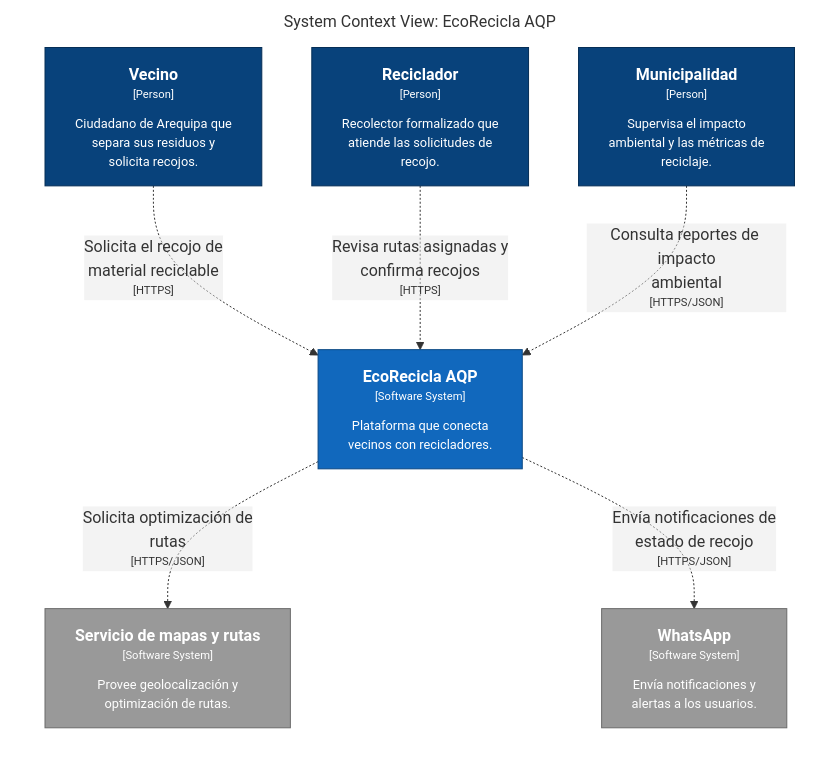
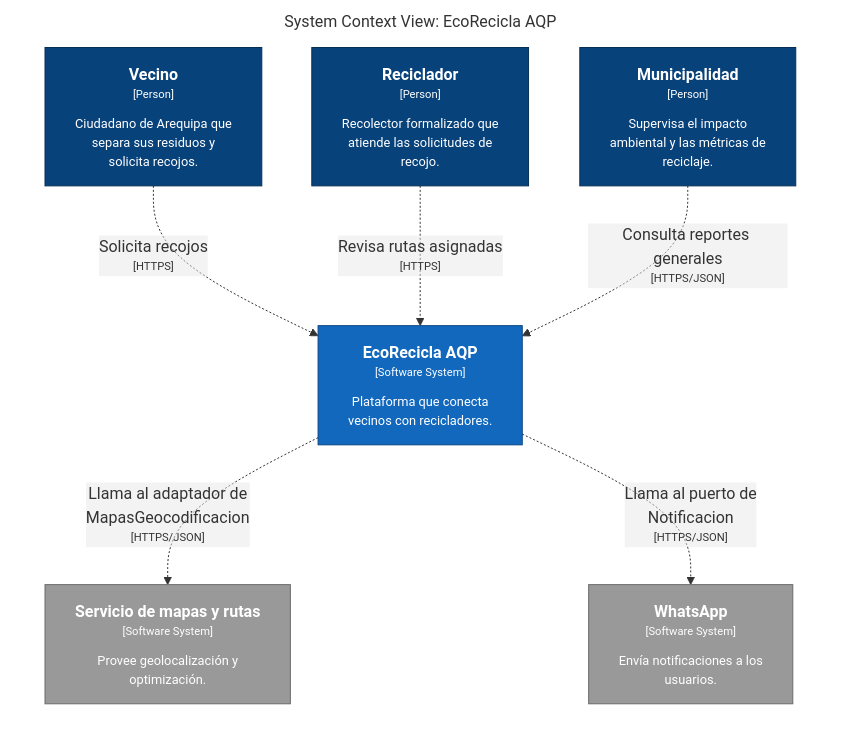
The diagram in docs/architecture/c4/export/structurizr-Contexto.mmd (AntonyCondori/cs-2026b-lab04-grupo10), drawn with Mermaid before and after one commit. The commit also changed 4 other files, not shown here.

```diff
--- a/docs/architecture/c4/export/structurizr-Contexto.mmd
+++ b/docs/architecture/c4/export/structurizr-Contexto.mmd
@@ -1,26 +1,26 @@
 graph LR
   linkStyle default fill:#ffffff
 
   subgraph diagram ["System Context View: EcoRecicla AQP"]
     style diagram fill:#ffffff,stroke:#ffffff
 
     1["<div style='font-weight: bold'>Vecino</div><div style='font-size: 70%; margin-top: 0px'>[Person]</div><div style='font-size: 80%; margin-top:10px'>Ciudadano de Arequipa que<br />separa sus residuos y<br />solicita recojos.</div>"]
     style 1 fill:#08427b,stroke:#052e56,color:#ffffff
-    10["<div style='font-weight: bold'>Servicio de mapas y rutas</div><div style='font-size: 70%; margin-top: 0px'>[Software System]</div><div style='font-size: 80%; margin-top:10px'>Provee geolocalización y<br />optimización de rutas.</div>"]
-    style 10 fill:#999999,stroke:#6b6b6b,color:#ffffff
-    11["<div style='font-weight: bold'>WhatsApp</div><div style='font-size: 70%; margin-top: 0px'>[Software System]</div><div style='font-size: 80%; margin-top:10px'>Envía notificaciones y<br />alertas a los usuarios.</div>"]
-    style 11 fill:#999999,stroke:#6b6b6b,color:#ffffff
     2["<div style='font-weight: bold'>Reciclador</div><div style='font-size: 70%; margin-top: 0px'>[Person]</div><div style='font-size: 80%; margin-top:10px'>Recolector formalizado que<br />atiende las solicitudes de<br />recojo.</div>"]
     style 2 fill:#08427b,stroke:#052e56,color:#ffffff
     3["<div style='font-weight: bold'>Municipalidad</div><div style='font-size: 70%; margin-top: 0px'>[Person]</div><div style='font-size: 80%; margin-top:10px'>Supervisa el impacto<br />ambiental y las métricas de<br />reciclaje.</div>"]
     style 3 fill:#08427b,stroke:#052e56,color:#ffffff
-    4["<div style='font-weight: bold'>EcoRecicla AQP</div><div style='font-size: 70%; margin-top: 0px'>[Software System]</div><div style='font-size: 80%; margin-top:10px'>Plataforma que conecta<br />vecinos con recicladores.</div>"]
-    style 4 fill:#1168bd,stroke:#0b4884,color:#ffffff
+    4["<div style='font-weight: bold'>Servicio de mapas y rutas</div><div style='font-size: 70%; margin-top: 0px'>[Software System]</div><div style='font-size: 80%; margin-top:10px'>Provee geolocalización y<br />optimización.</div>"]
+    style 4 fill:#999999,stroke:#6b6b6b,color:#ffffff
+    5["<div style='font-weight: bold'>WhatsApp</div><div style='font-size: 70%; margin-top: 0px'>[Software System]</div><div style='font-size: 80%; margin-top:10px'>Envía notificaciones a los<br />usuarios.</div>"]
+    style 5 fill:#999999,stroke:#6b6b6b,color:#ffffff
+    6["<div style='font-weight: bold'>EcoRecicla AQP</div><div style='font-size: 70%; margin-top: 0px'>[Software System]</div><div style='font-size: 80%; margin-top:10px'>Plataforma que conecta<br />vecinos con recicladores.</div>"]
+    style 6 fill:#1168bd,stroke:#0b4884,color:#ffffff
 
-    1-. "<div>Solicita el recojo de<br />material reciclable</div><div style='font-size: 70%'>[HTTPS]</div>" .->4
-    2-. "<div>Revisa rutas asignadas y<br />confirma recojos</div><div style='font-size: 70%'>[HTTPS]</div>" .->4
-    3-. "<div>Consulta reportes de impacto<br />ambiental</div><div style='font-size: 70%'>[HTTPS/JSON]</div>" .->4
-    4-. "<div>Solicita optimización de<br />rutas</div><div style='font-size: 70%'>[HTTPS/JSON]</div>" .->10
-    4-. "<div>Envía notificaciones de<br />estado de recojo</div><div style='font-size: 70%'>[HTTPS/JSON]</div>" .->11
+    1-. "<div>Solicita recojos</div><div style='font-size: 70%'>[HTTPS]</div>" .->6
+    2-. "<div>Revisa rutas asignadas</div><div style='font-size: 70%'>[HTTPS]</div>" .->6
+    3-. "<div>Consulta reportes generales</div><div style='font-size: 70%'>[HTTPS/JSON]</div>" .->6
+    6-. "<div>Llama al adaptador de<br />MapasGeocodificacion</div><div style='font-size: 70%'>[HTTPS/JSON]</div>" .->4
+    6-. "<div>Llama al puerto de<br />Notificacion</div><div style='font-size: 70%'>[HTTPS/JSON]</div>" .->5
 
   end
```
